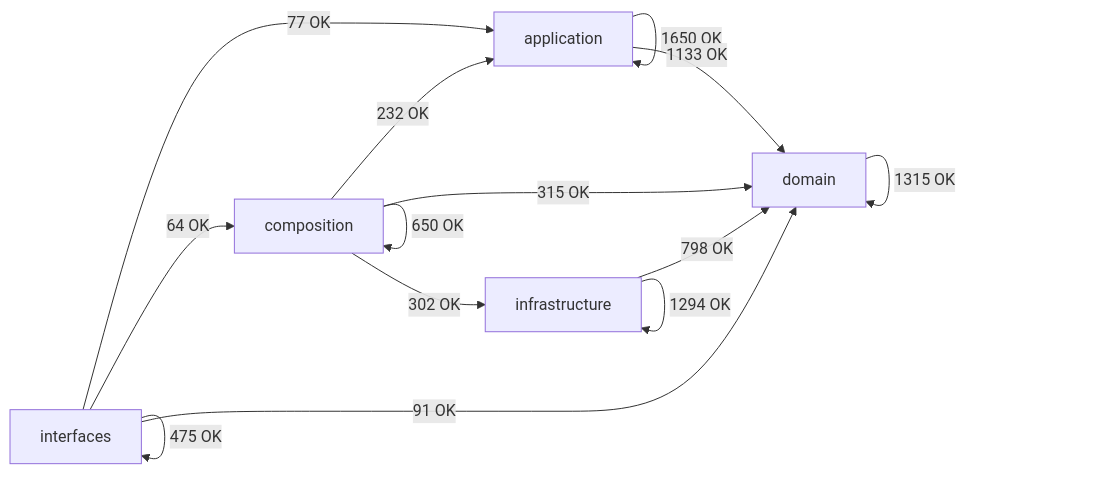
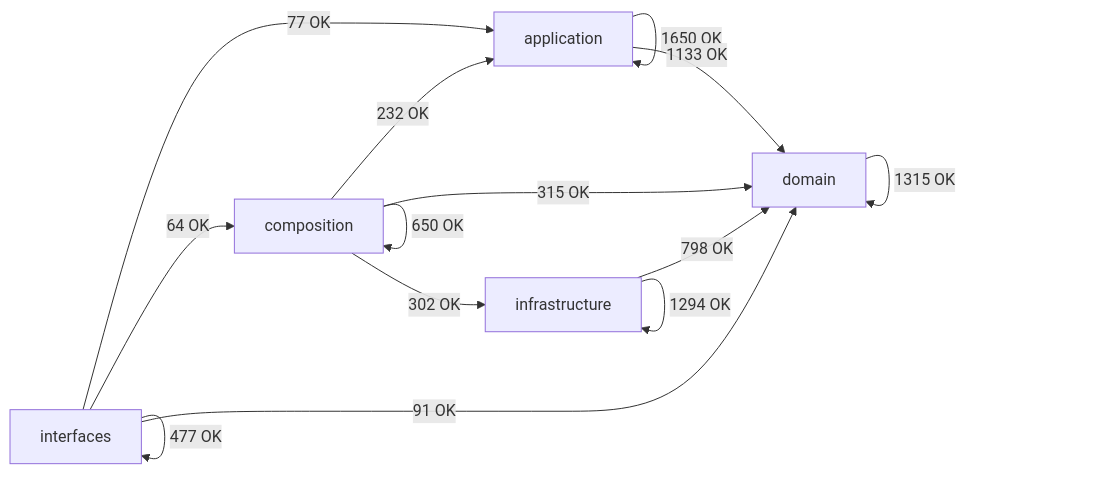
Before and after one commit to SatoryKono/BioactivityDataAcquisition: the diagram in docs/02-architecture/generated/module-dependency-map.md, drawn with Mermaid. The commit also changed other lines of this file and 11 other files, not shown here.

````diff
--- a/docs/02-architecture/generated/module-dependency-map.md
+++ b/docs/02-architecture/generated/module-dependency-map.md
@@ -17,21 +17,21 @@
 ```mermaid
 flowchart LR
     domain[domain]
     application[application]
     infrastructure[infrastructure]
     composition[composition]
     interfaces[interfaces]
     application -->|1650 OK| application
     application -->|1133 OK| domain
     composition -->|232 OK| application
     composition -->|650 OK| composition
     composition -->|315 OK| domain
     composition -->|302 OK| infrastructure
     domain -->|1315 OK| domain
     infrastructure -->|798 OK| domain
     infrastructure -->|1294 OK| infrastructure
     interfaces -->|77 OK| application
     interfaces -->|64 OK| composition
     interfaces -->|91 OK| domain
-    interfaces -->|475 OK| interfaces
+    interfaces -->|477 OK| interfaces
 ```
````
